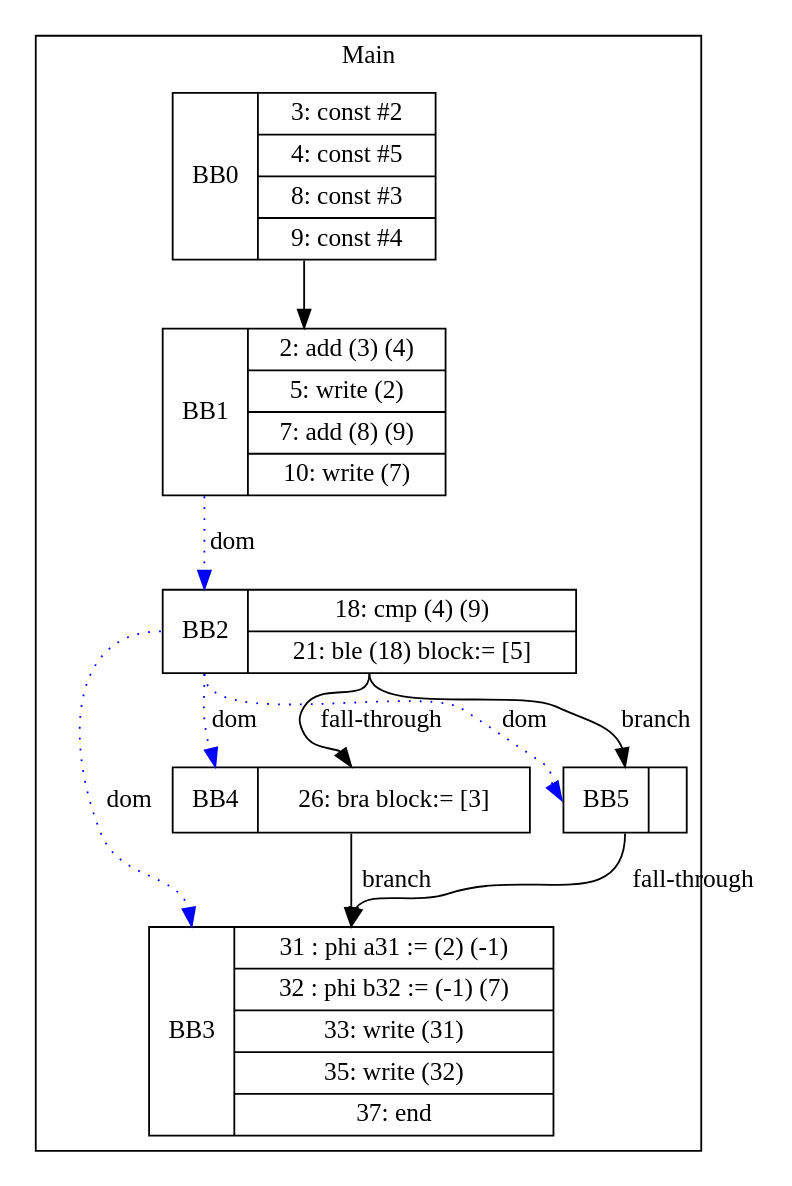
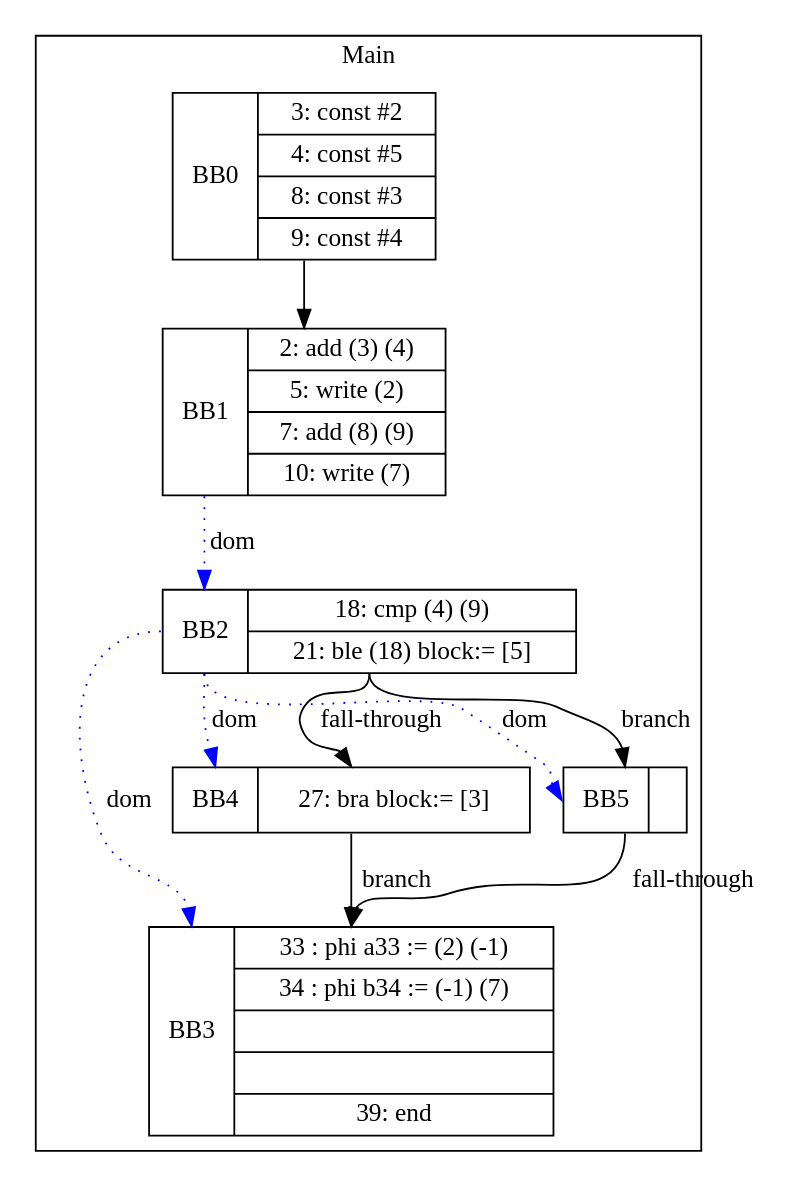
The diagram in visualization/ChinHung/if_branch_fall_empty-corrected-let.gv (zjc664656505/UCI-CS241-Advanced-Compiler-main), drawn with Graphviz before and after one commit. The commit also changed 65 other files, not shown here.

```diff
--- a/visualization/ChinHung/if_branch_fall_empty-corrected-let.gv
+++ b/visualization/ChinHung/if_branch_fall_empty-corrected-let.gv
@@ -1,21 +1,21 @@
 digraph G {
 node [shape=record];
 subgraph cluster_main{
 label = "Main";
 BB0 [shape=record, label="<b>BB0|{3: const #2|4: const #5|8: const #3|9: const #4}"];
 BB1 [shape=record, label="<b>BB1|{2: add (3) (4)|5: write (2)|7: add (8) (9)|10: write (7)}"];
 BB2 [shape=record, label="<b>BB2|{18: cmp (4) (9)|21: ble (18) block:= [5]}"];
-BB3 [shape=record, label="<b>BB3|{31 : phi a31 := (2) (-1)|32 : phi b32 := (-1) (7)|33: write (31)|35: write (32)|37: end}"];
-BB4 [shape=record, label="<b>BB4|{26: bra block:= [3]}"];
+BB3 [shape=record, label="<b>BB3|{33 : phi a33 := (2) (-1)|34 : phi b34 := (-1) (7)|||39: end}"];
+BB4 [shape=record, label="<b>BB4|{27: bra block:= [3]}"];
 BB5 [shape=record, label="<b>BB5|}"];
 }
 BB0:s -> BB1:n ;
 BB2:b -> BB3:b [color=blue, style=dotted, label="dom"];
 BB2:b -> BB4:b [color=blue, style=dotted, label="dom"];
 BB1:b -> BB2:b [color=blue, style=dotted, label="dom"];
 BB2:b -> BB5:b [color=blue, style=dotted, label="dom"];
 BB2:s -> BB5:n [label="branch"];
 BB4:s -> BB3:n [label="branch"];
 BB5:s -> BB3:n [label="fall-through"];
 BB2:s -> BB4:n [label="fall-through"];
 }
```
